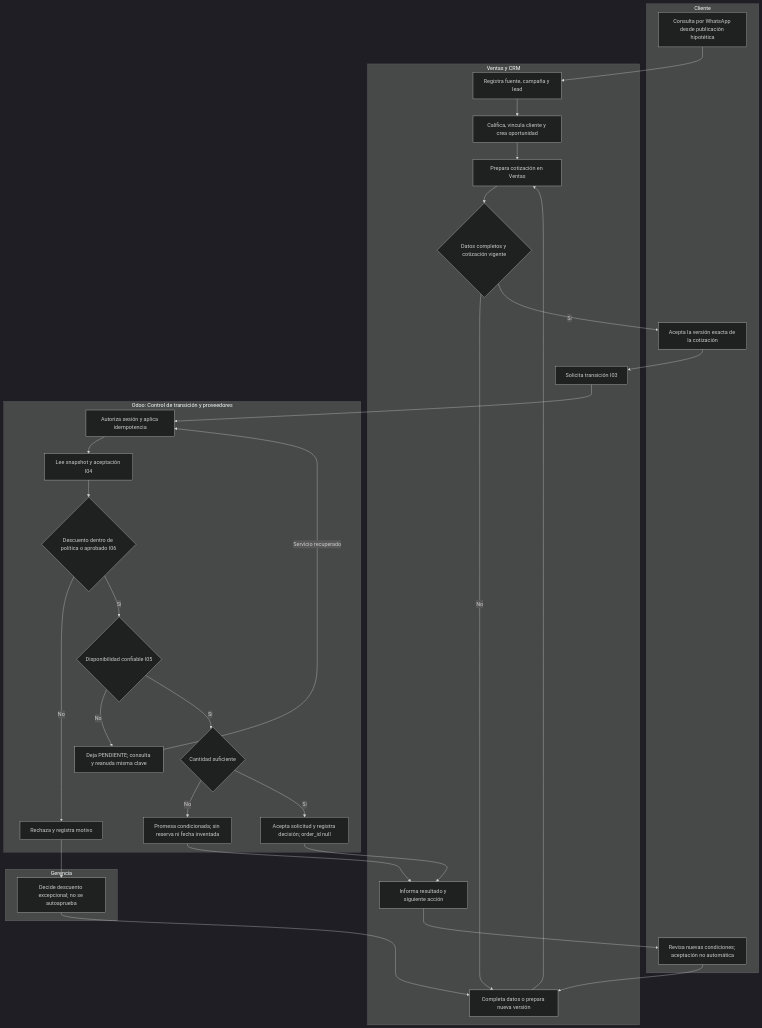
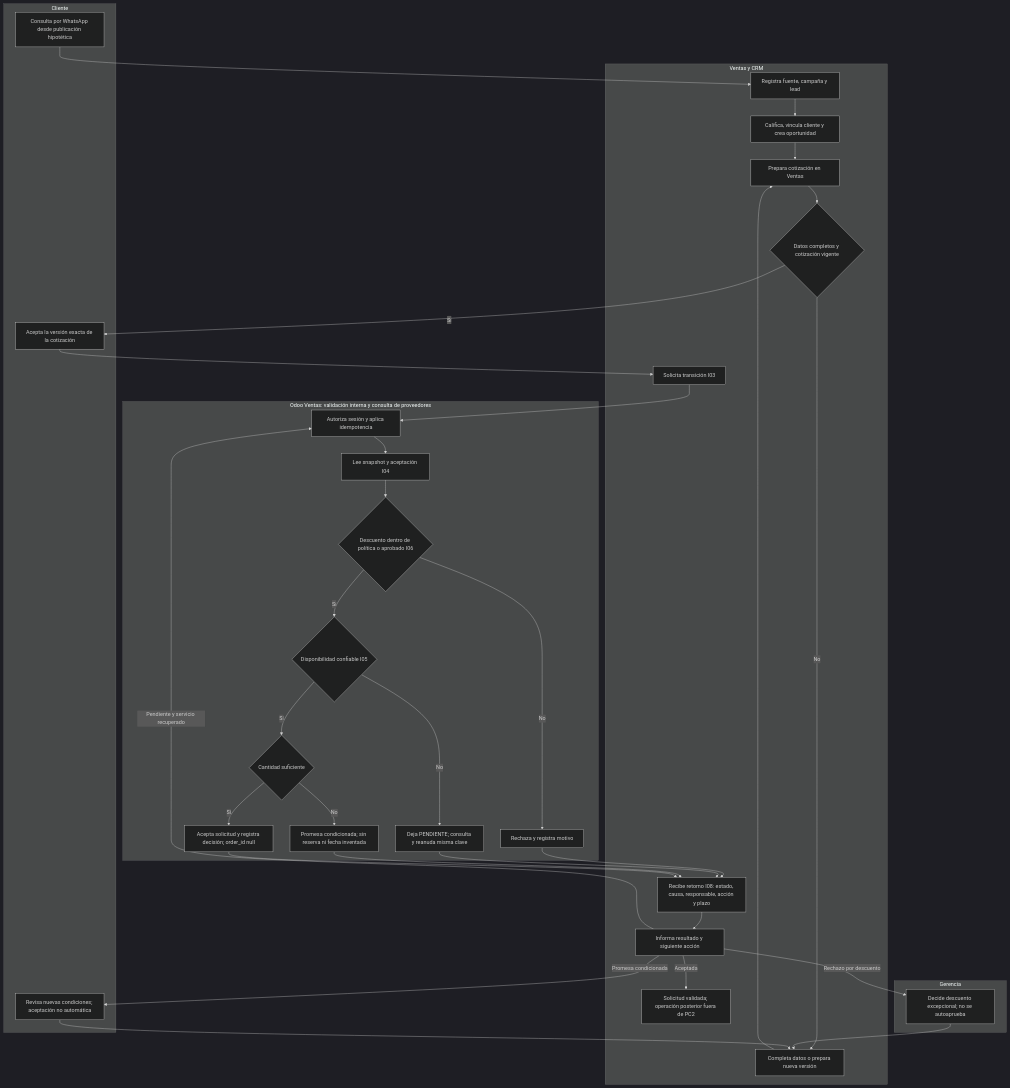
One commit to jharopr/ERP-SIE changed the first of 2 diagrams in procesos/pc2-escenario-y-flujo.md. Above: the diagram before and after it, drawn with Mermaid (dark theme). The commit also changed other lines of this file and 36 other files, not shown here.

````diff
--- a/procesos/pc2-escenario-y-flujo.md
+++ b/procesos/pc2-escenario-y-flujo.md
@@ -33,40 +35,48 @@
 ```mermaid
 flowchart TB
     subgraph CL[Cliente]
         A[Consulta por WhatsApp desde publicación hipotética]
         H[Acepta la versión exacta de la cotización]
         P[Revisa nuevas condiciones; aceptación no automática]
     end
     subgraph VE[Ventas y CRM]
         B[Registra fuente, campaña y lead]
         C[Califica, vincula cliente y crea oportunidad]
         D[Prepara cotización en Ventas]
         E{Datos completos y cotización vigente}
         F[Completa datos o prepara nueva versión]
         I[Solicita transición I03]
+        U[Recibe retorno I08: estado, causa, responsable, acción y plazo]
         R[Informa resultado y siguiente acción]
+        X[Solicitud validada; operación posterior fuera de PC2]
     end
     subgraph GE[Gerencia]
         G[Decide descuento excepcional; no se autoaprueba]
     end
-    subgraph ER[Odoo: Control de transición y proveedores]
+    subgraph ER[Odoo Ventas: validación interna y consulta de proveedores]
         J[Autoriza sesión y aplica idempotencia]
         K[Lee snapshot y aceptación I04]
         L{Descuento dentro de política o aprobado I06}
         M[Rechaza y registra motivo]
         N{Disponibilidad confiable I05}
         T[Deja PENDIENTE; consulta y reanuda misma clave]
         O{Cantidad suficiente}
         Q[Promesa condicionada; sin reserva ni fecha inventada]
         S[Acepta solicitud y registra decisión; order_id null]
     end
     A --> B --> C --> D --> E
     E -->|No| F --> D
     E -->|Sí| H --> I --> J --> K --> L
-    L -->|No| M --> G --> F
+    L -->|No| M --> U
+    G --> F
     L -->|Sí| N
-    N -->|No| T -->|Servicio recuperado| J
+    N -->|No| T --> U
     N -->|Sí| O
-    O -->|No| Q --> R --> P --> F
-    O -->|Sí| S --> R
+    O -->|No| Q --> U
+    O -->|Sí| S --> U
+    U --> R
+    R -->|Rechazo por descuento| G
+    R -->|Promesa condicionada| P --> F
+    R -->|Pendiente y servicio recuperado| J
+    R -->|Aceptada| X
 ```
````
